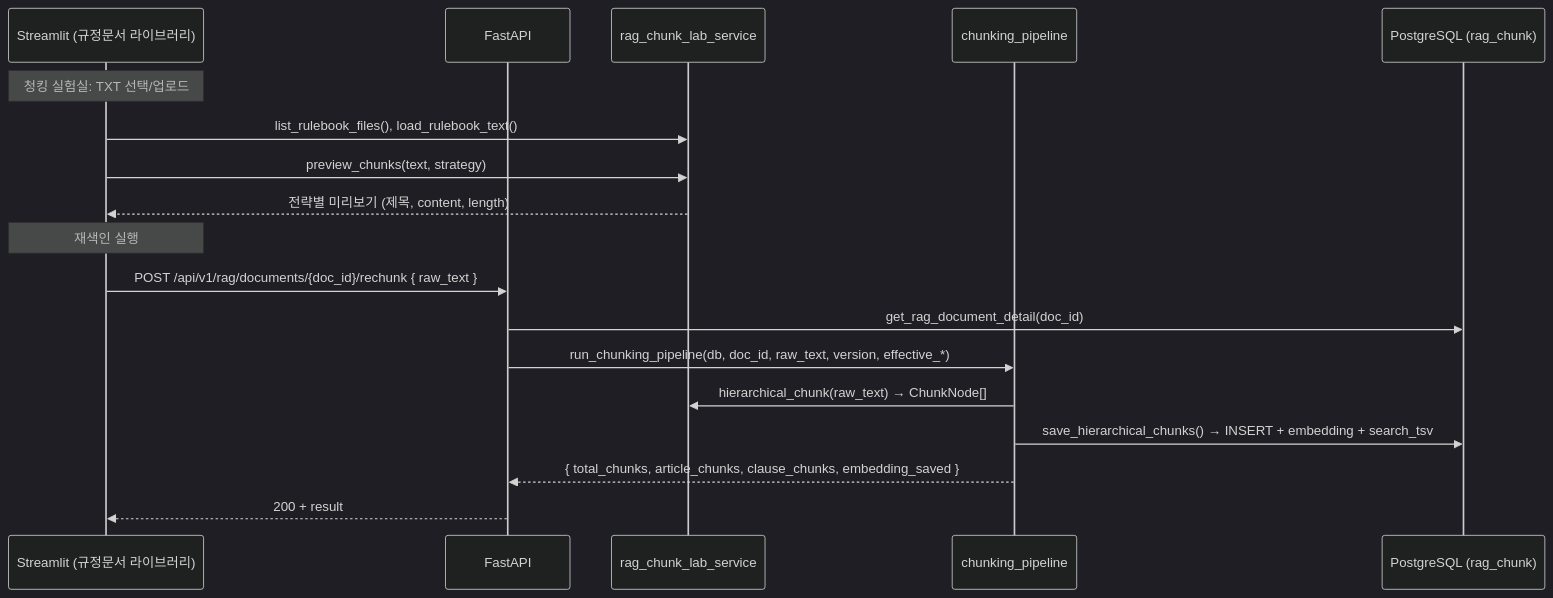
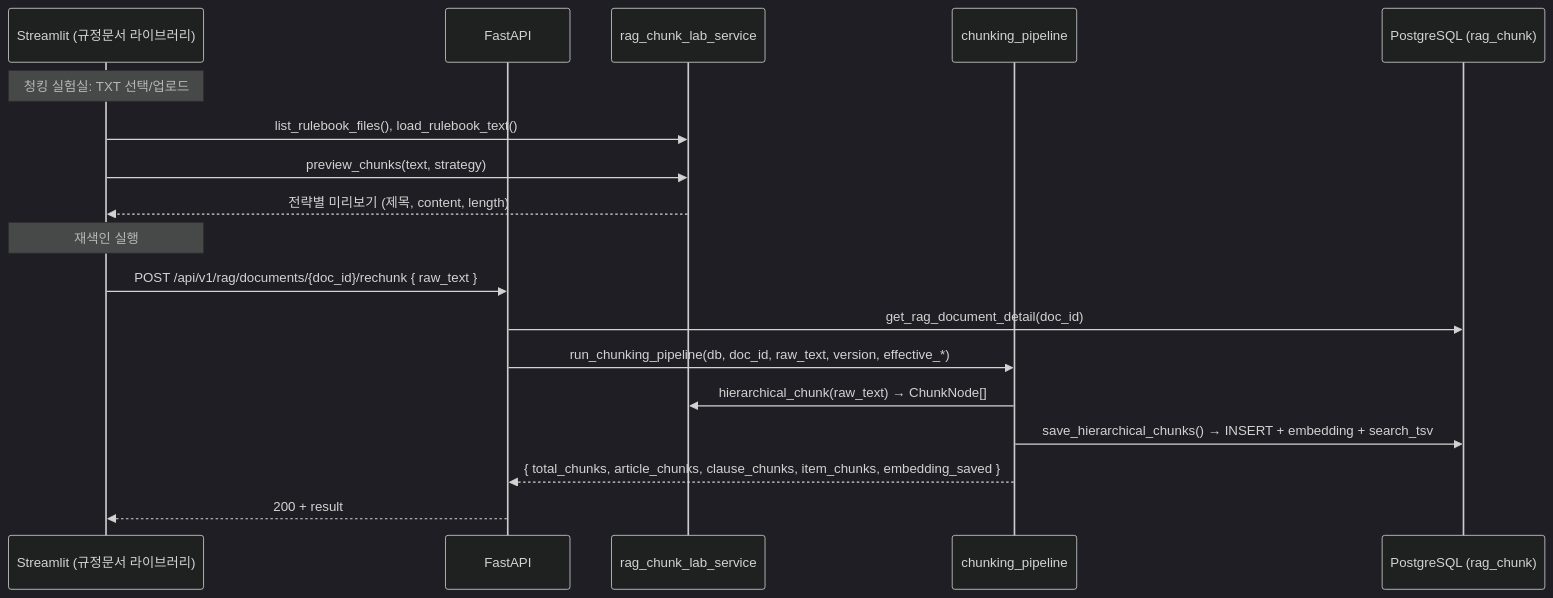
Before and after one commit to choijoonbin/aura_agent: the second of 2 diagrams in docs/Edu/Chunk Logic.md, drawn with Mermaid (dark theme). The commit also changed other lines of this file, not shown here.

````diff
--- a/docs/Edu/Chunk Logic.md
+++ b/docs/Edu/Chunk Logic.md
@@ -220,22 +231,22 @@
 ```mermaid
 sequenceDiagram
     participant UI as Streamlit (규정문서 라이브러리)
     participant API as FastAPI
     participant Lab as rag_chunk_lab_service
     participant Pipe as chunking_pipeline
     participant DB as PostgreSQL (rag_chunk)
 
     Note over UI: 청킹 실험실: TXT 선택/업로드
     UI->>Lab: list_rulebook_files(), load_rulebook_text()
     UI->>Lab: preview_chunks(text, strategy)
     Lab-->>UI: 전략별 미리보기 (제목, content, length)
 
     Note over UI: 재색인 실행
     UI->>API: POST /api/v1/rag/documents/{doc_id}/rechunk { raw_text }
     API->>DB: get_rag_document_detail(doc_id)
     API->>Pipe: run_chunking_pipeline(db, doc_id, raw_text, version, effective_*)
     Pipe->>Lab: hierarchical_chunk(raw_text) → ChunkNode[]
     Pipe->>DB: save_hierarchical_chunks() → INSERT + embedding + search_tsv
-    Pipe-->>API: { total_chunks, article_chunks, clause_chunks, embedding_saved }
+    Pipe-->>API: { total_chunks, article_chunks, clause_chunks, item_chunks, embedding_saved }
     API-->>UI: 200 + result
 ```
````
